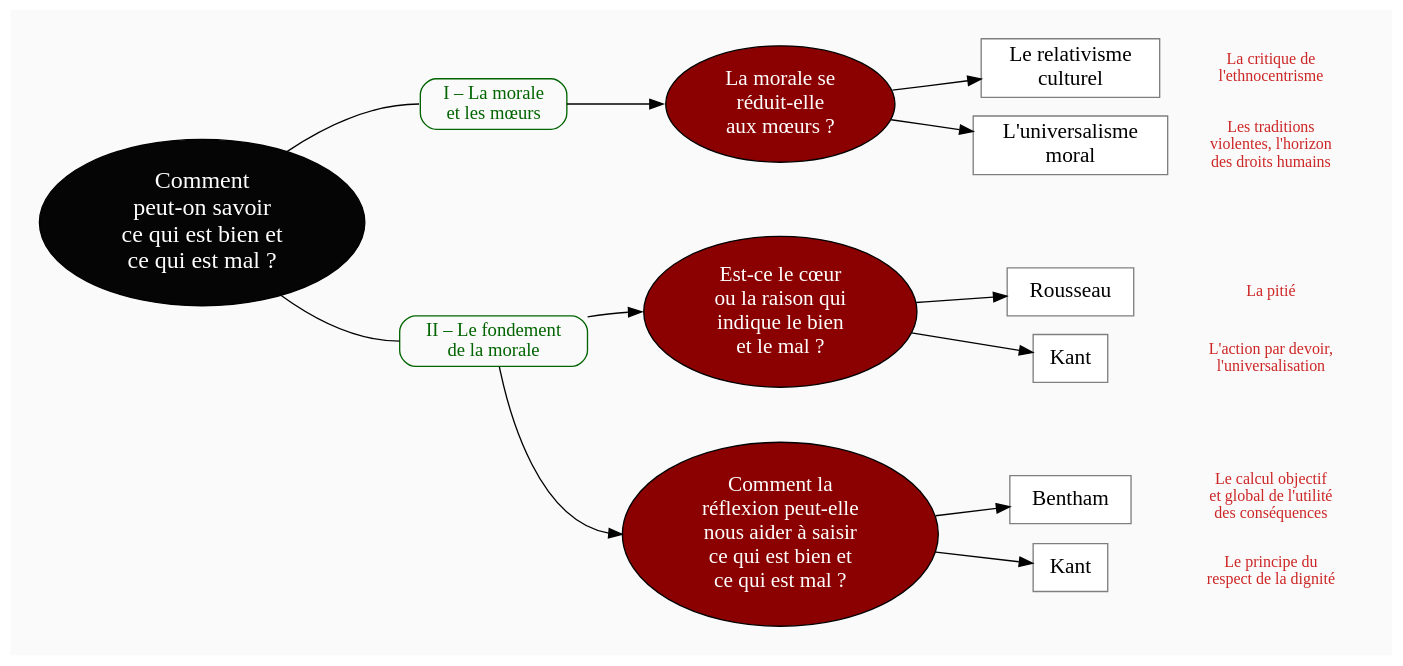
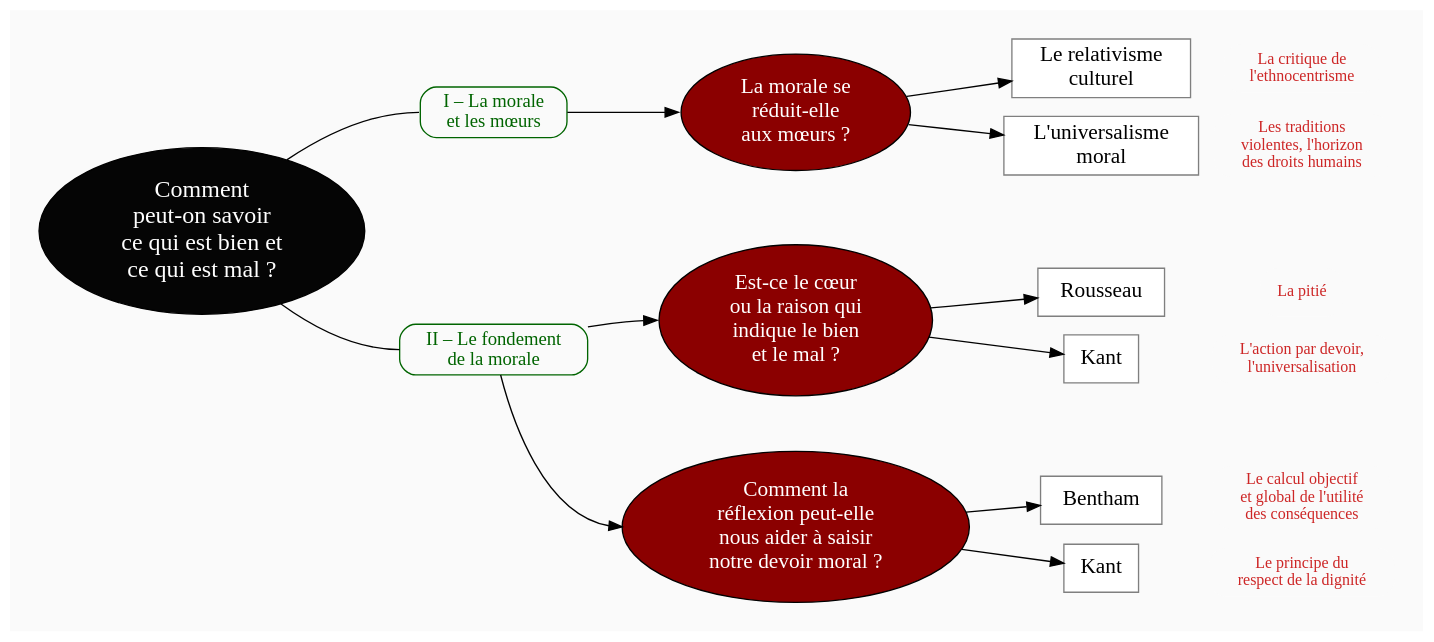
Before and after one commit to eyssette/graphviz-examples: the diagram in plans/plan-cours-details-morale.dot, drawn with Graphviz. The commit also changed 1 other file, not shown here.

```diff
--- a/plans/plan-cours-details-morale.dot
+++ b/plans/plan-cours-details-morale.dot
@@ -1,126 +1,125 @@
 digraph G {
 // Template : diagram
 // Usage : 
 rankdir=LR
 splines=true
 //splines=curved
 bgcolor=grey98
 pad=0.3
 style=filled
 edge[minlen=3]
 node[style=filled, fontcolor=white]
 ranksep=0.1
 nodesep=0.2
 
 // NIVEAU 1
 node[fillcolor=grey2, fontsize=18]
 a1[label="Comment
 peut-on savoir
 ce qui est bien et
 ce qui est mal ?"]
 
 // NIVEAU 2
 node[fontsize=14, shape=rect, fillcolor=grey98, fontcolor=darkgreen, color=darkgreen, style="filled, rounded"]
 a1->p1[headport=w, arrowhead=none]
 a1->p2[headport=w, arrowhead=none]
 
 p1[label="I – La morale
 et les mœurs"]
 p2[label="II – Le fondement
 de la morale"]
 
 {rank=same;p1->p2[style=invis, minlen=10]}
 
 node[fontcolor=black, fontsize=16]
 // NIVEAU 3 (sans intermédiaire)
 node [shape=box, fillcolor=white, color=grey50]
 // c1[label=""]
 
 
 
 // INTERMÉDIAIRE AVANT NIVEAU 3
 node[fillcolor=red4, shape=oval, fontcolor=white, color=black, style="filled"]
 // [arrowhead=none]
 // bc1[label=""]
 p1->b1[headport=w]
 p2->b2[headport=w]
 p2->b3[headport=w]
 b1[label="La morale se
 réduit-elle
 aux mœurs ?"]    
 b2[label="Est-ce le cœur
 ou la raison qui
 indique le bien
 et le mal ?"]
 b3[label="Comment la
 réflexion peut-elle
 nous aider à saisir
-ce qui est bien et
-ce qui est mal ?"]
+notre devoir moral ?"]
 
 
 
 {rank=same;b1->b2[style=invis, minlen=4]}
 {rank=same;b2->b3[style=invis, minlen=3]}
 
 // NIVEAU 3 (avec intermédiaire)
 node[fillcolor=white, shape=box, color=grey50, fontcolor=black]
 // c1[label=""]
 b1->{c1,c2}
 c1[label="Le relativisme
 culturel"]
 c2[label="L'universalisme
 moral"]
 
 b2->{c3,c4}
 c3[label="Rousseau"]
 c4[label="Kant"]
 
 b3->{c5,c6}
 c5[label="Bentham"]
 c6[label="Kant"]
 
 
 {rank=same;c2->c3[style=invis, minlen=5]}
 {rank=same;c4->c5[style=invis, minlen=5]}
 
 // NIVEAU 4
 node[style="filled,rounded", fillcolor=white, shape=box, color=grey50]
 // d1[label=""]
 
 
 // ÉTIQUETTES EN ROUGE
 node[shape=plaintext, fontcolor=firebrick3, fillcolor=grey98, fontsize=12]
 // e1[label=< <B>= Titre</B><BR /><BR />Contenu<BR /> >]
 // e1[label=""]
 // ->e1[minlen=1, style=invis]
 
 e1[label="La critique de
 l'ethnocentrisme"]
 e2[label="Les traditions
 violentes, l'horizon
 des droits humains"]
 e3[label="La pitié"]
 e4[label="L'action par devoir,
 l'universalisation"]
 e5[label="Le calcul objectif
 et global de l'utilité
 des conséquences"]
 e6[label="Le principe du
 respect de la dignité"]
 
 c1->e1[minlen=1, style=invis]
 c2->e2[minlen=1, style=invis]
 c3->e3[minlen=1, style=invis]
 c4->e4[minlen=1, style=invis]
 c5->e5[minlen=1, style=invis]
 c6->e6[minlen=1, style=invis]
 
 // REMARQUES EN BLEU
 node[color=blue, shape=box, margin=0.07, fontcolor=black, fontsize=12, style="dashed", penwidth=0.6]
 edge[color=blue, arrowhead="none", xlabel="", style="dashed", penwidth=0.6]
 // r1[label=""]
 // {rank=same;->r1}
 // {rank=same;r1->[dir=back]}
 
 }
```
